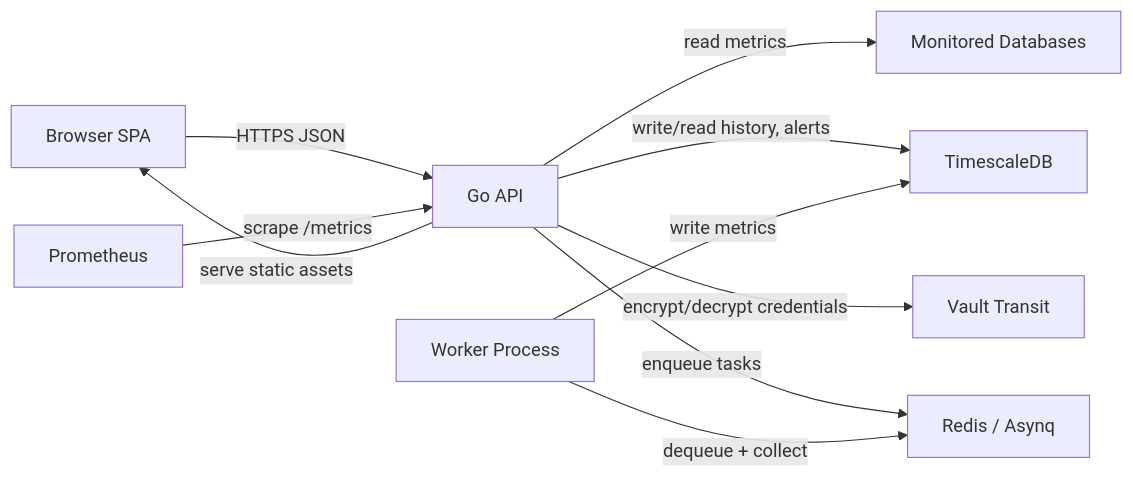
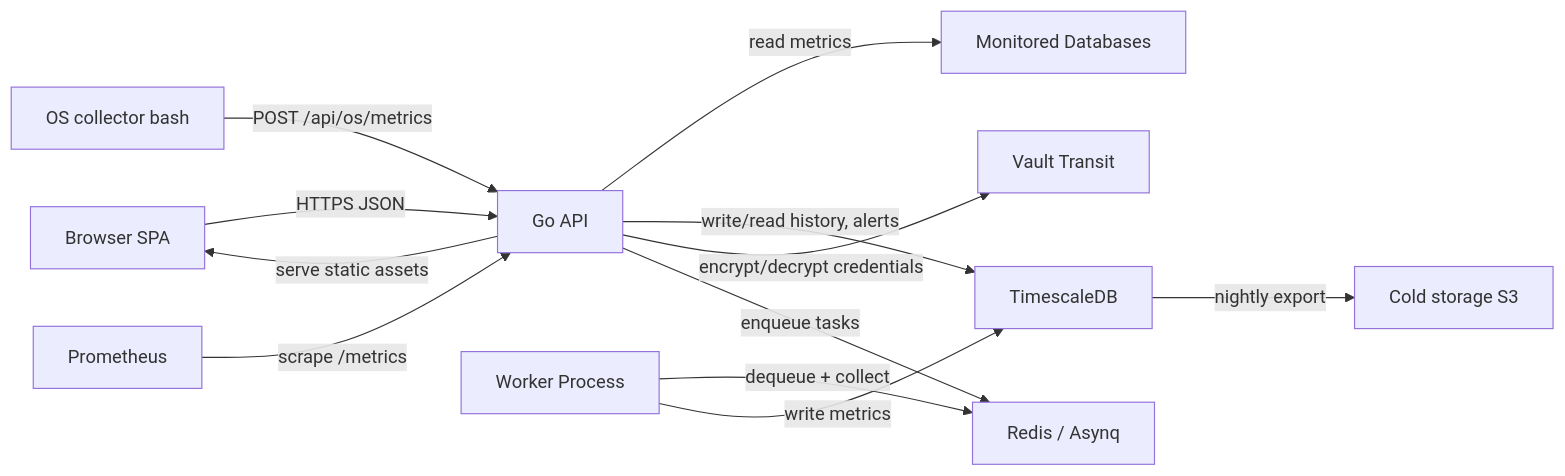
One commit to rsharma155/sql_optima changed the diagram in ARCHITECTURE.md. Above: the diagram before and after it, drawn with Mermaid. The commit also changed other lines of this file and 262 other files, not shown here.

Commit message:
Release v0.5.0: backup/DR dashboards, bash OS collector, security hardening.

````diff
--- a/ARCHITECTURE.md
+++ b/ARCHITECTURE.md
@@ -60,12 +76,14 @@
 ```mermaid
 flowchart LR
   Browser[Browser SPA] -->|HTTPS JSON| Api[Go API]
   Api -->|read metrics| TargetDBs[Monitored Databases]
   Api -->|write/read history, alerts| Timescale[TimescaleDB]
   Api -->|encrypt/decrypt credentials| Vault[Vault Transit]
   Api -->|serve static assets| Browser
+  OSAgent[OS collector bash] -->|POST /api/os/metrics| Api
   Api -->|enqueue tasks| Redis[Redis / Asynq]
   Worker[Worker Process] -->|dequeue + collect| Redis
   Worker -->|write metrics| Timescale
   Prometheus[Prometheus] -->|scrape /metrics| Api
+  Timescale -->|nightly export| Cold[Cold storage S3]
 ```
````
